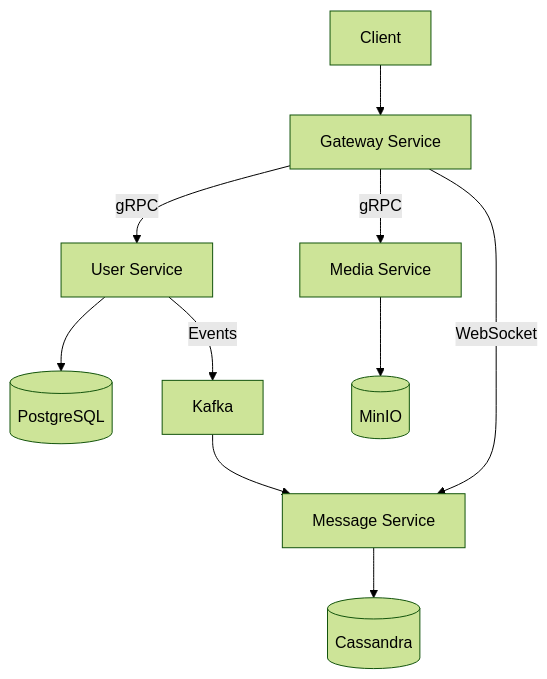
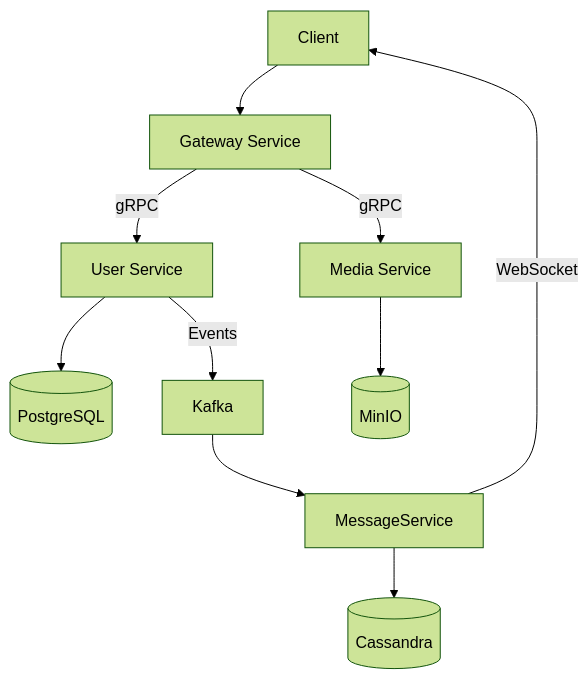
One commit to FREEGREAT/GOmessage changed the diagram in README.md. Above: the diagram before and after it, drawn with Mermaid (forest theme).

````diff
--- a/README.md
+++ b/README.md
@@ -19,12 +19,12 @@
 ```mermaid
 graph TD
     Client[Client] --> Gateway[Gateway Service]
     Gateway --> |gRPC| UserService[User Service]
     Gateway --> |gRPC| MediaService[Media Service]
-    Gateway --> |WebSocket| MessageService[Message Service]
+    MessageService --> |WebSocket| Client[Client]
     UserService --> PostgreSQL[(PostgreSQL)]
     MediaService --> MinIO[(MinIO)]
     MessageService --> Cassandra[(Cassandra)]
     UserService --> |Events| Kafka[Kafka]
     Kafka --> MessageService
 ```
````
